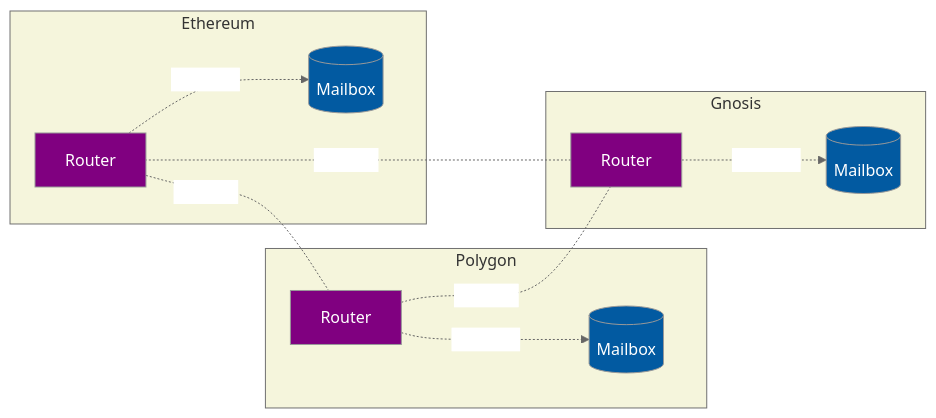
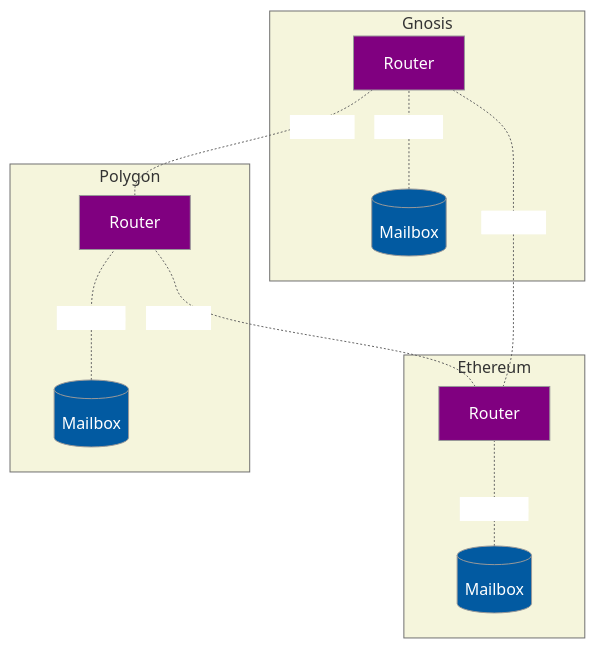
One commit to hyperlane-xyz/v2-docs changed the diagram in diagrams/router.md. Above: the diagram before and after it, drawn with Mermaid. The commit also changed 5 other files, not shown here.

Commit message:
Add more diagrams

````diff
--- a/diagrams/router.md
+++ b/diagrams/router.md
@@ -1,38 +1,37 @@
 ```mermaid
 %%{ init: {
   "theme": "neutral",
   "themeVariables": {
     "mainBkg": "#025AA1",
     "textColor": "white",
     "clusterBkg": "beige"
   },
   "themeCSS": ".edgeLabel { color: black }"
 }}%%
 
-graph LR
+graph BT
     subgraph "Ethereum"
         R_E[Router]
         Mailbox_E[(Mailbox)]
-        R_E -. "mailbox()" .-> Mailbox_E
+        Mailbox_E -. "mailbox()" .- R_E
     end
 
     subgraph "Polygon"
         R_P[Router]
         Mailbox_P[(Mailbox)]
-        R_P -. "mailbox()" .-> Mailbox_P
+        Mailbox_P -. "mailbox()" .- R_P
     end
 
     subgraph "Gnosis"
         R_G[Router]
         Mailbox_G[(Mailbox)]
-        R_G -. "mailbox()" .-> Mailbox_G
+        Mailbox_G -. "mailbox()" .- R_G
     end
 
-    R_E -. "routers()" .- R_P
-    R_P -. "routers()" .- R_G
+    R_E -. "routers()" .- R_P -. "routers()" .- R_G
     R_G -. "routers()" .- R_E
 
     style R_E fill:purple
     style R_P fill:purple
     style R_G fill:purple
 ```
````
